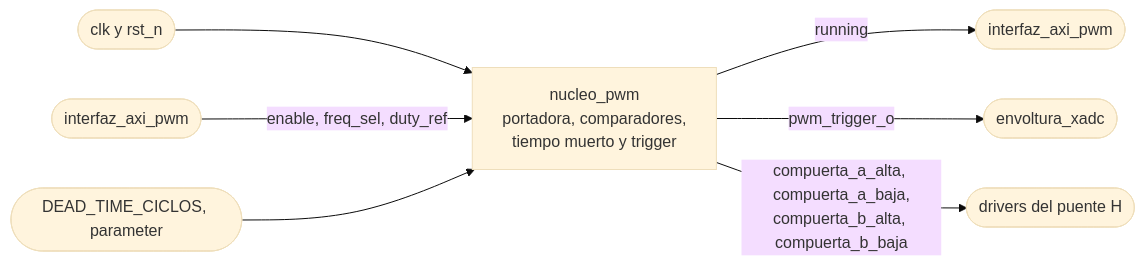
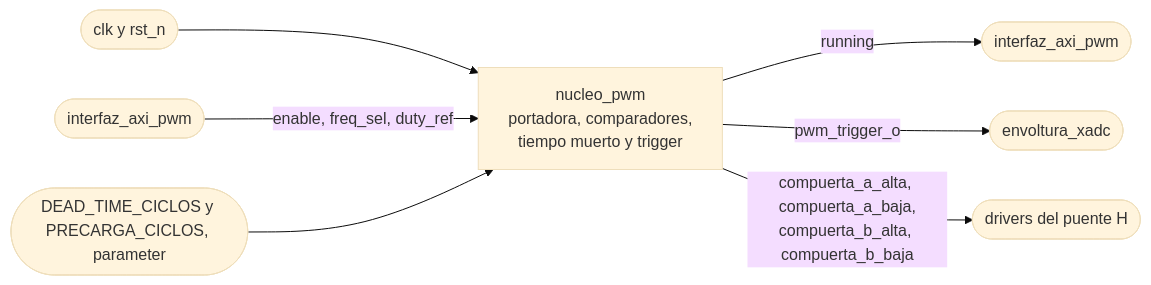
Before and after one commit to Taller-de-diseno-digital-GR01/Proyecto-4-Regulador-PR: the first of 6 diagrams in docs/diseño/modulos/nucleo_pwm.md, drawn with Mermaid (base theme). The commit also changed other lines of this file, not shown here.

Commit message:
nucleo_pwm con el estado de precarga del bootstrap y la temporización corregida un ciclo

````diff
--- a/docs/diseño/modulos/nucleo_pwm.md
+++ b/docs/diseño/modulos/nucleo_pwm.md
@@ -9,9 +9,9 @@
 ```mermaid
 flowchart LR
     CR(["clk y rst_n"]) --> NUC
     IF_IN(["interfaz_axi_pwm"]) -->|"enable, freq_sel, duty_ref"| NUC["nucleo_pwm<br/>portadora, comparadores,<br/>tiempo muerto y trigger"]
-    PAR(["DEAD_TIME_CICLOS, parameter"]) --> NUC
+    PAR(["DEAD_TIME_CICLOS y PRECARGA_CICLOS, parameter"]) --> NUC
     NUC -->|"running"| IF_OUT(["interfaz_axi_pwm"])
     NUC -->|"pwm_trigger_o"| ADC(["envoltura_xadc"])
     NUC -->|"compuerta_a_alta, compuerta_a_baja,<br/>compuerta_b_alta, compuerta_b_baja"| PH(["drivers del puente H"])
 ```
````
